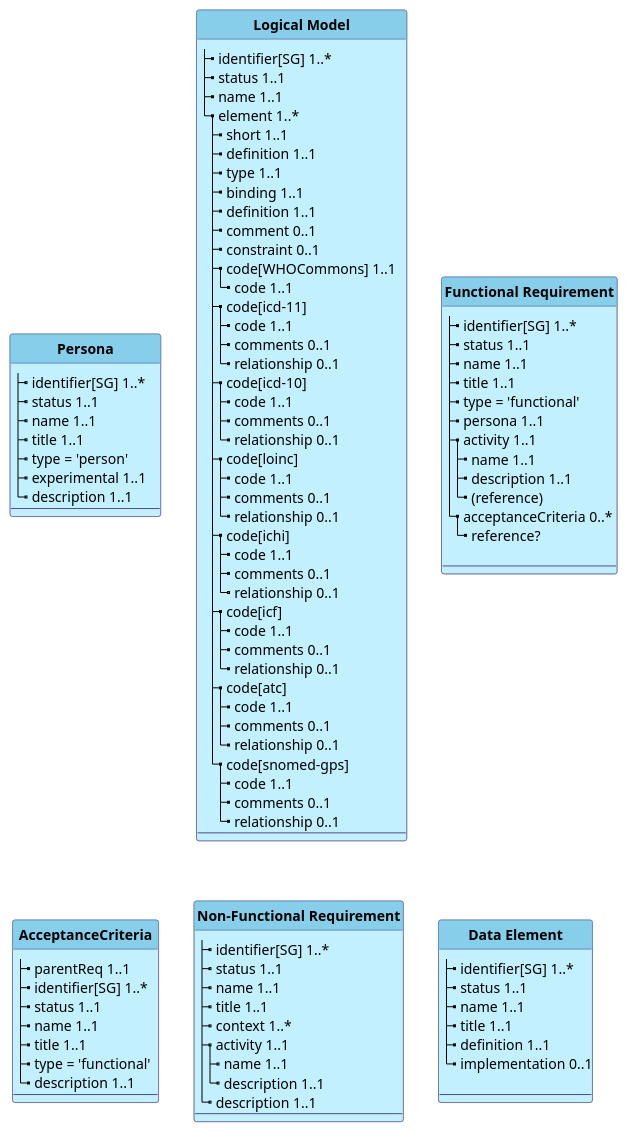
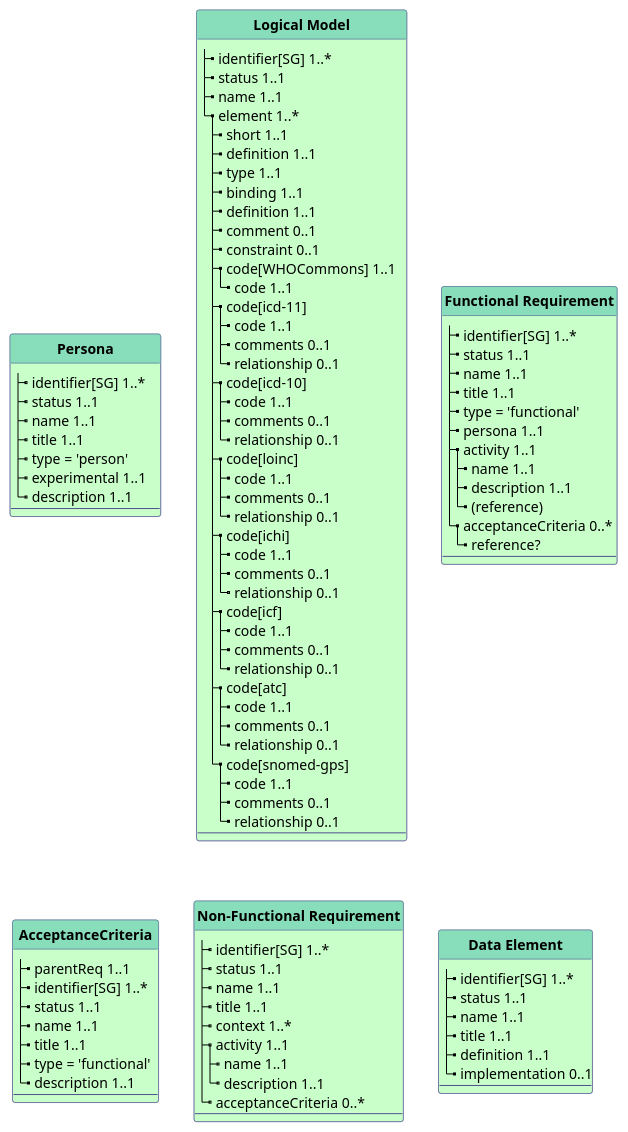
Before and after one commit to WorldHealthOrganization/smart-ig-starter-kit: the diagram in input/images-source/model.plantuml, drawn with PlantUML. The commit also changed 5 other files, not shown here.

Commit message:
add diagram

```diff
--- a/input/images-source/model.plantuml
+++ b/input/images-source/model.plantuml
@@ -1,146 +1,144 @@
 @startuml
 'skinparam linetype ortho
 skinparam linetype polyline
 hide circle
 hide stereotype
 
 '!pragma layout smetana
 
 skinparam class<<MD>> {
  BorderColor DarkSlateGray
  BackgroundColor WhiteSmoke
  HeaderBackgroundColor #909090
 }
 
 skinparam class<<TM>> {
  BorderColor #505090
- BackgroundColor APPLICATION
- HeaderBackgroundColor SkyBlue
+ BackgroundColor TECHNOLOGY
+ HeaderBackgroundColor #8db
 }
 
     class "**Persona**" as Pers<<TM>> {
         |_ identifier[SG] 1..*   
         |_ status 1..1
         |_ name 1..1
         |_ title 1..1
         |_ type = 'person'
         |_ experimental 1..1    
         |_ description 1..1
         --
     }
 
     class "**Logical Model**" as LM<<TM>> {
         |_ identifier[SG] 1..*   
         |_ status 1..1
         |_ name 1..1
         |_ element 1..*
           |_ short 1..1
           |_ definition 1..1
           |_ type 1..1
           |_ binding 1..1
           |_ definition 1..1
           |_ comment 0..1
           |_ constraint 0..1
           |_ code[WHOCommons] 1..1   
 '            |_ system 1..1
             |_ code 1..1
           |_ code[icd-11]
 '            |_ system 1..1
             |_ code 1..1
             |_ comments 0..1
             |_ relationship 0..1
           |_ code[icd-10]
 '            |_ system 1..1
             |_ code 1..1
             |_ comments 0..1
             |_ relationship 0..1
           |_ code[loinc]
 '            |_ system 1..1
             |_ code 1..1
             |_ comments 0..1
             |_ relationship 0..1
           |_ code[ichi]
 '            |_ system 1..1
             |_ code 1..1
             |_ comments 0..1
             |_ relationship 0..1
           |_ code[icf]
 '            |_ system 1..1
             |_ code 1..1
             |_ comments 0..1
             |_ relationship 0..1
           |_ code[atc]
 '            |_ system 1..1
             |_ code 1..1
             |_ comments 0..1
             |_ relationship 0..1
           |_ code[snomed-gps]    
 '            |_ system 1..1
             |_ code 1..1
             |_ comments 0..1
             |_ relationship 0..1
         --
     }
 
 
 
     class "**Functional Requirement**" as FReq<<TM>> {
         |_ identifier[SG] 1..*   
         |_ status 1..1
         |_ name 1..1
         |_ title 1..1
         |_ type = 'functional'
         |_ persona 1..1
         |_ activity 1..1
           |_ name 1..1
           |_ description 1..1
           |_ (reference)
  '       |_ description 1..1
         |_ acceptanceCriteria 0..*
           |_ reference?
-
         --
     }
 
 
     class "**AcceptanceCriteria**" as AC<<TM>> {
         |_ parentReq 1..1
         |_ identifier[SG] 1..*   
         |_ status 1..1
         |_ name 1..1
         |_ title 1..1
         |_ type = 'functional'
         |_ description 1..1
         --
     }
 
 
     class "**Non-Functional Requirement**" as NFR<<TM>> {
         |_ identifier[SG] 1..*   
         |_ status 1..1
         |_ name 1..1
         |_ title 1..1
         |_ context 1..*
         |_ activity 1..1
           |_ name 1..1
           |_ description 1..1
-        |_ description 1..1
+        |_ acceptanceCriteria 0..*
         --
     }
 
 'do we capture the CQL definition for a term, if available?
 
 
     class "**Data Element**" as DE<<TM>> {
         |_ identifier[SG] 1..*   
         |_ status 1..1
         |_ name 1..1
         |_ title 1..1
         |_ definition 1..1
         |_ implementation 0..1
-        
         --
     }
 
 
 @enduml
```
